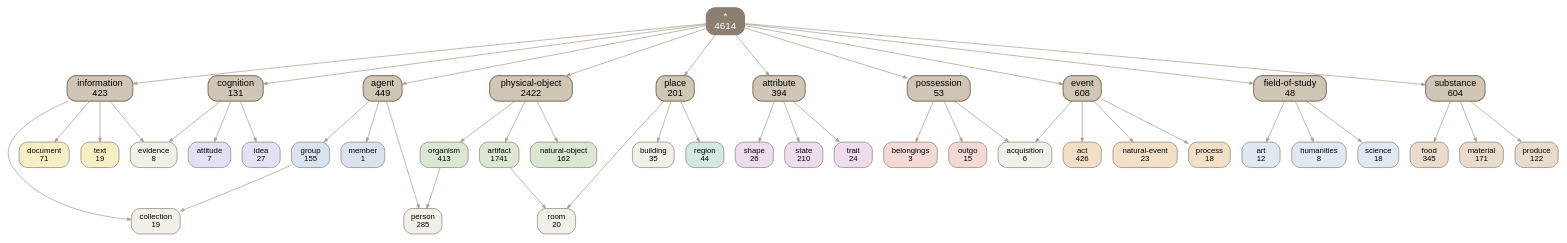
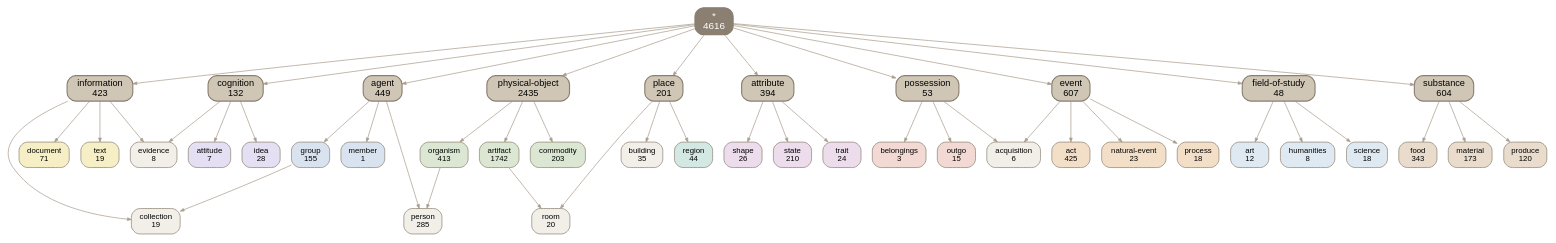
Before and after one commit to petfold/ontodag-core: the diagram in docs/img/top.dot, drawn with Graphviz. The commit also changed 201 other files, not shown here.

```diff
--- a/docs/img/top.dot
+++ b/docs/img/top.dot
@@ -1,92 +1,92 @@
 digraph core {
   root="*"; rankdir=TB; ranksep=0.8; nodesep=0.22; splines=true; outputorder=edgesfirst;
   node [shape=box, style="rounded,filled", color="#8a7f70", fontname=Helvetica, fontsize=11];
   edge [color="#a89c8c", arrowsize=0.55];
-  "*" [label="*\n4614" fillcolor="#8a7f70" fontcolor="white" fontsize=14 penwidth=1.6];
+  "*" [label="*\n4616" fillcolor="#8a7f70" fontcolor="white" fontsize=14 penwidth=1.6];
   "*" -> "agent";
   "*" -> "attribute";
   "*" -> "cognition";
   "*" -> "event";
   "*" -> "field-of-study";
   "*" -> "information";
   "*" -> "physical-object";
   "*" -> "place";
   "*" -> "possession";
   "*" -> "substance";
   "acquisition" [label="acquisition\n6" fillcolor="#f2efe9"];
-  "act" [label="act\n426" fillcolor="#f3dfc8"];
+  "act" [label="act\n425" fillcolor="#f3dfc8"];
   "agent" [label="agent\n449" fillcolor="#cfc6b6" fontsize=13 penwidth=1.6];
   "art" [label="art\n12" fillcolor="#dfe9f2"];
-  "artifact" [label="artifact\n1741" fillcolor="#dbe7d3"];
+  "artifact" [label="artifact\n1742" fillcolor="#dbe7d3"];
   "attitude" [label="attitude\n7" fillcolor="#e4dff2"];
   "attribute" [label="attribute\n394" fillcolor="#cfc6b6" fontsize=13 penwidth=1.6];
   "belongings" [label="belongings\n3" fillcolor="#f2d9d3"];
   "building" [label="building\n35" fillcolor="#f2efe9"];
-  "cognition" [label="cognition\n131" fillcolor="#cfc6b6" fontsize=13 penwidth=1.6];
+  "cognition" [label="cognition\n132" fillcolor="#cfc6b6" fontsize=13 penwidth=1.6];
   "collection" [label="collection\n19" fillcolor="#f2efe9"];
+  "commodity" [label="commodity\n203" fillcolor="#dbe7d3"];
   "document" [label="document\n71" fillcolor="#f6efc5"];
-  "event" [label="event\n608" fillcolor="#cfc6b6" fontsize=13 penwidth=1.6];
+  "event" [label="event\n607" fillcolor="#cfc6b6" fontsize=13 penwidth=1.6];
   "evidence" [label="evidence\n8" fillcolor="#f2efe9"];
   "field-of-study" [label="field-of-study\n48" fillcolor="#cfc6b6" fontsize=13 penwidth=1.6];
-  "food" [label="food\n345" fillcolor="#e9dccd"];
+  "food" [label="food\n343" fillcolor="#e9dccd"];
   "group" [label="group\n155" fillcolor="#d9e3ef"];
   "humanities" [label="humanities\n8" fillcolor="#dfe9f2"];
-  "idea" [label="idea\n27" fillcolor="#e4dff2"];
+  "idea" [label="idea\n28" fillcolor="#e4dff2"];
   "information" [label="information\n423" fillcolor="#cfc6b6" fontsize=13 penwidth=1.6];
-  "material" [label="material\n171" fillcolor="#e9dccd"];
+  "material" [label="material\n173" fillcolor="#e9dccd"];
   "member" [label="member\n1" fillcolor="#d9e3ef"];
   "natural-event" [label="natural-event\n23" fillcolor="#f3dfc8"];
-  "natural-object" [label="natural-object\n162" fillcolor="#dbe7d3"];
   "organism" [label="organism\n413" fillcolor="#dbe7d3"];
   "outgo" [label="outgo\n15" fillcolor="#f2d9d3"];
   "person" [label="person\n285" fillcolor="#f2efe9"];
-  "physical-object" [label="physical-object\n2422" fillcolor="#cfc6b6" fontsize=13 penwidth=1.6];
+  "physical-object" [label="physical-object\n2435" fillcolor="#cfc6b6" fontsize=13 penwidth=1.6];
   "place" [label="place\n201" fillcolor="#cfc6b6" fontsize=13 penwidth=1.6];
   "possession" [label="possession\n53" fillcolor="#cfc6b6" fontsize=13 penwidth=1.6];
   "process" [label="process\n18" fillcolor="#f3dfc8"];
-  "produce" [label="produce\n122" fillcolor="#e9dccd"];
+  "produce" [label="produce\n120" fillcolor="#e9dccd"];
   "region" [label="region\n44" fillcolor="#d3e7e3"];
   "room" [label="room\n20" fillcolor="#f2efe9"];
   "science" [label="science\n18" fillcolor="#dfe9f2"];
   "shape" [label="shape\n26" fillcolor="#ecdcec"];
   "state" [label="state\n210" fillcolor="#ecdcec"];
   "substance" [label="substance\n604" fillcolor="#cfc6b6" fontsize=13 penwidth=1.6];
   "text" [label="text\n19" fillcolor="#f6efc5"];
   "trait" [label="trait\n24" fillcolor="#ecdcec"];
   { rank=same; "agent" "attribute" "cognition" "event" "field-of-study" "information" "physical-object" "place" "possession" "substance" }
-  "possession" -> "outgo";
+  "field-of-study" -> "art";
+  "group" -> "collection";
+  "information" -> "collection";
+  "field-of-study" -> "humanities";
+  "cognition" -> "attitude";
+  "attribute" -> "state";
+  "agent" -> "group";
+  "field-of-study" -> "science";
+  "agent" -> "person";
+  "organism" -> "person";
+  "substance" -> "material";
+  "physical-object" -> "organism";
+  "cognition" -> "idea";
+  "substance" -> "produce";
+  "agent" -> "member";
+  "attribute" -> "trait";
+  "physical-object" -> "commodity";
+  "possession" -> "belongings";
+  "event" -> "process";
   "information" -> "text";
-  "substance" -> "material";
+  "attribute" -> "shape";
+  "artifact" -> "room";
+  "place" -> "room";
   "cognition" -> "evidence";
   "information" -> "evidence";
-  "cognition" -> "attitude";
-  "physical-object" -> "natural-object";
-  "agent" -> "person";
-  "organism" -> "person";
-  "substance" -> "food";
-  "place" -> "building";
-  "agent" -> "member";
-  "group" -> "collection";
-  "information" -> "collection";
-  "event" -> "process";
-  "possession" -> "belongings";
-  "field-of-study" -> "humanities";
-  "event" -> "natural-event";
-  "attribute" -> "shape";
-  "place" -> "region";
-  "physical-object" -> "artifact";
-  "substance" -> "produce";
-  "field-of-study" -> "science";
-  "attribute" -> "trait";
-  "artifact" -> "room";
-  "place" -> "room";
-  "agent" -> "group";
   "event" -> "acquisition";
   "possession" -> "acquisition";
-  "physical-object" -> "organism";
+  "place" -> "building";
   "event" -> "act";
+  "substance" -> "food";
+  "physical-object" -> "artifact";
+  "event" -> "natural-event";
+  "possession" -> "outgo";
   "information" -> "document";
-  "cognition" -> "idea";
-  "field-of-study" -> "art";
-  "attribute" -> "state";
+  "place" -> "region";
 }
```
